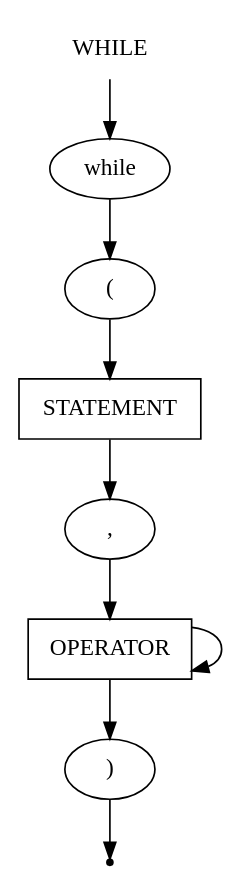
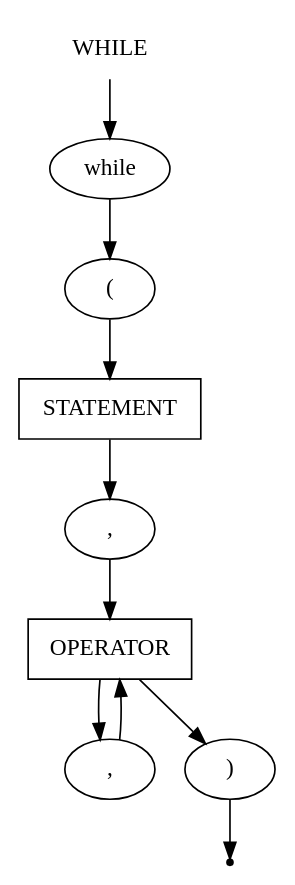
The diagram in src/PSADParser/grammar/while.gv (IMZolin/PSAD), drawn with Graphviz before and after one commit. The commit also changed 10 other files, not shown here.

```diff
--- a/src/PSADParser/grammar/while.gv
+++ b/src/PSADParser/grammar/while.gv
@@ -1,19 +1,21 @@
 digraph WHILE{
     start [label=WHILE shape=plaintext]
     while [label=while shape=oval]
     statement [label=STATEMENT shape=box]
     oper [label=OPERATOR shape=box]
     open [label="(" shape=oval]
-    comma [label="," shape=oval]
+    comma_1 [label="," shape=oval]
+    comma_2 [label="," shape=oval]
     close [label=")" shape=oval]
     end [label="" shape=point]
 
     start -> while
     while -> open
     open -> statement
-    statement -> comma
-    comma -> oper
-    oper -> oper
+    statement -> comma_1
+    comma_1 -> oper
+    oper -> comma_2
+    comma_2 -> oper
     oper -> close
     close -> end
 }
```
